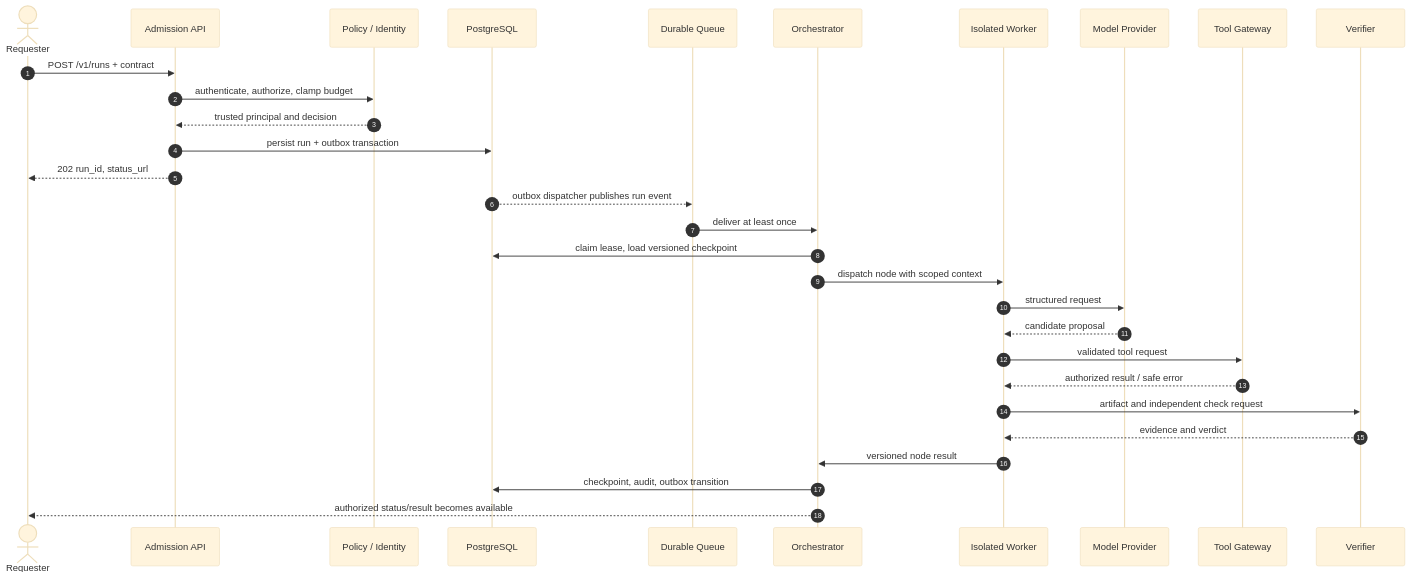
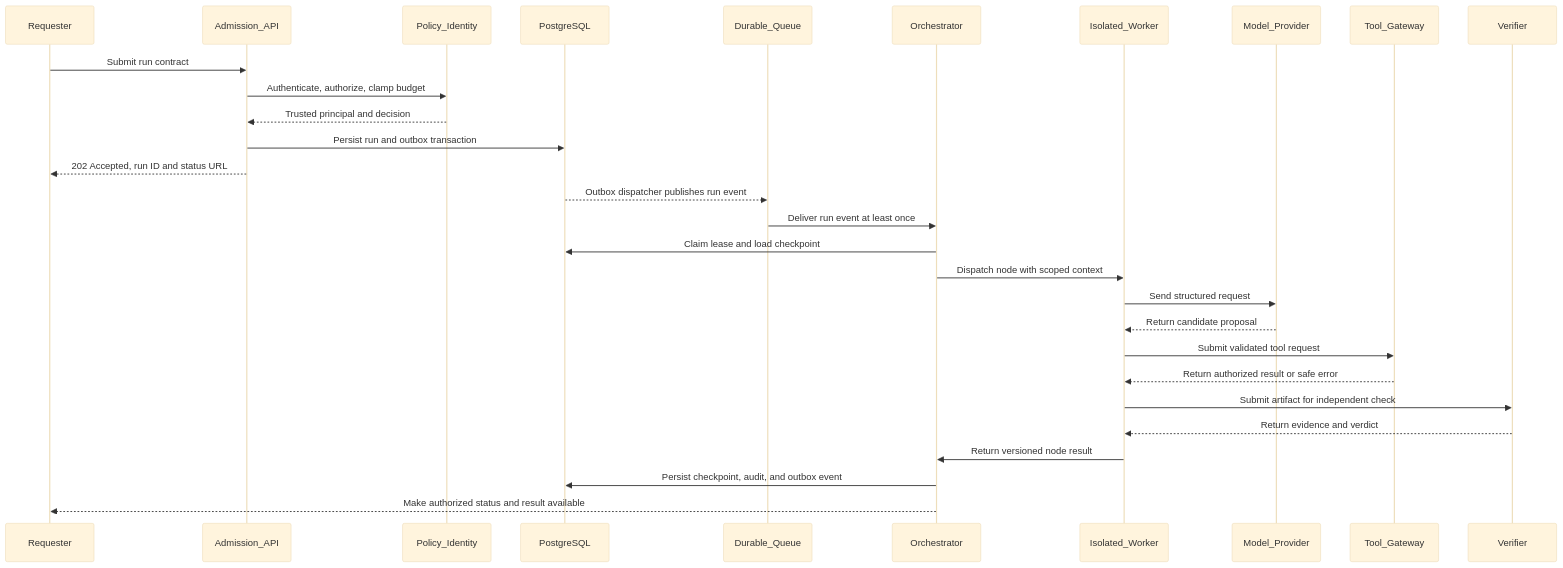
One commit to adrianfrancof/agent-runtime-implementation changed the fifth of 10 diagrams in agent-runtime-platform/docs/BLUEPRINT.md. Above: the diagram before and after it, drawn with Mermaid (base theme). The commit also changed other lines of this file and 1 other file, not shown here.

````diff
--- a/agent-runtime-platform/docs/BLUEPRINT.md
+++ b/agent-runtime-platform/docs/BLUEPRINT.md
@@ -295,32 +293,31 @@
 ```mermaid
 sequenceDiagram
-  autonumber
-  actor U as Requester
-  participant API as Admission API
-  participant P as Policy / Identity
+  participant U as Requester
+  participant API as Admission_API
+  participant P as Policy_Identity
   participant DB as PostgreSQL
-  participant Q as Durable Queue
+  participant Q as Durable_Queue
   participant O as Orchestrator
-  participant W as Isolated Worker
-  participant M as Model Provider
-  participant T as Tool Gateway
+  participant W as Isolated_Worker
+  participant M as Model_Provider
+  participant T as Tool_Gateway
   participant V as Verifier
-  U->>API: POST /v1/runs + contract
-  API->>P: authenticate, authorize, clamp budget
-  P-->>API: trusted principal and decision
-  API->>DB: persist run + outbox transaction
-  API-->>U: 202 run_id, status_url
-  DB-->>Q: outbox dispatcher publishes run event
-  Q->>O: deliver at least once
-  O->>DB: claim lease, load versioned checkpoint
-  O->>W: dispatch node with scoped context
-  W->>M: structured request
-  M-->>W: candidate proposal
-  W->>T: validated tool request
-  T-->>W: authorized result / safe error
-  W->>V: artifact and independent check request
-  V-->>W: evidence and verdict
-  W->>O: versioned node result
-  O->>DB: checkpoint, audit, outbox transition
-  O-->>U: authorized status/result becomes available
+  U->>API: Submit run contract
+  API->>P: Authenticate, authorize, clamp budget
+  P-->>API: Trusted principal and decision
+  API->>DB: Persist run and outbox transaction
+  API-->>U: 202 Accepted, run ID and status URL
+  DB-->>Q: Outbox dispatcher publishes run event
+  Q->>O: Deliver run event at least once
+  O->>DB: Claim lease and load checkpoint
+  O->>W: Dispatch node with scoped context
+  W->>M: Send structured request
+  M-->>W: Return candidate proposal
+  W->>T: Submit validated tool request
+  T-->>W: Return authorized result or safe error
+  W->>V: Submit artifact for independent check
+  V-->>W: Return evidence and verdict
+  W->>O: Return versioned node result
+  O->>DB: Persist checkpoint, audit, and outbox event
+  O-->>U: Make authorized status and result available
 ```
````
